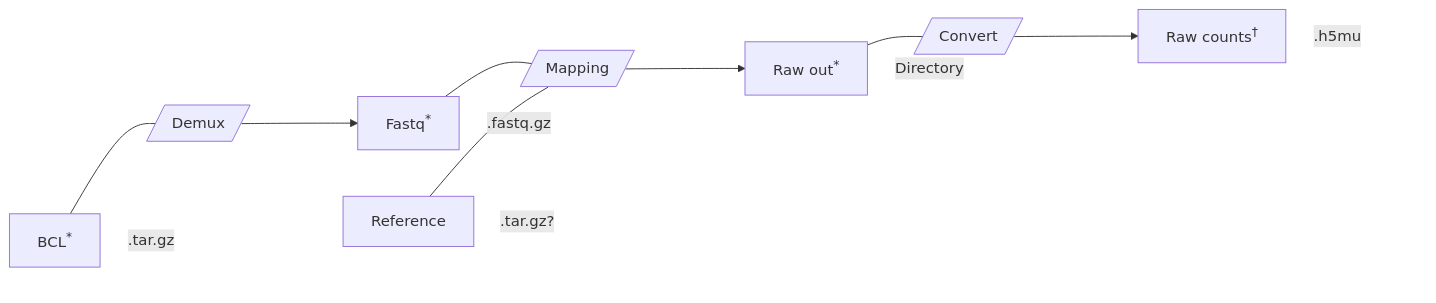
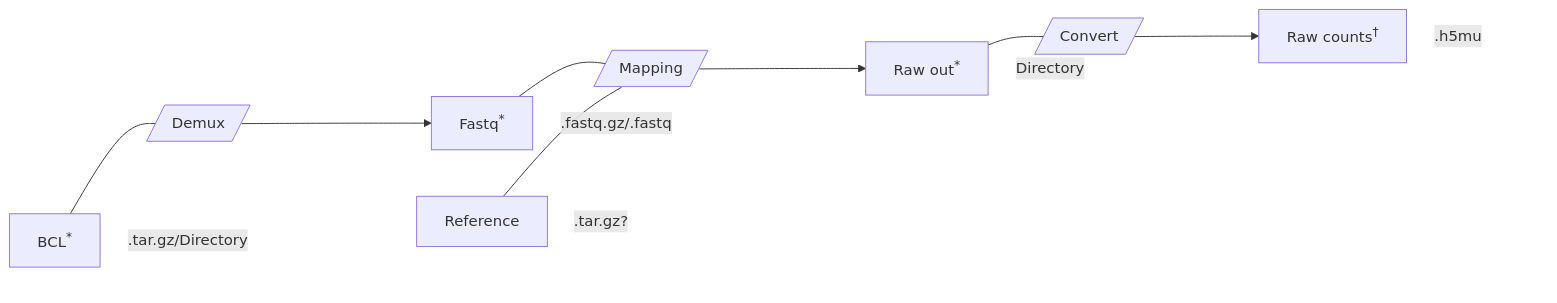
The second of 5 diagrams in docs/design.qmd (openpipelines-bio/openpipeline), drawn with Mermaid before and after one commit. The commit also changed other lines of this file and 1 other file, not shown here.

````diff
--- a/docs/design.qmd
+++ b/docs/design.qmd
@@ -78,27 +76,27 @@
 ```{mermaid}
 %%| label: fig-ingestion
 %%| fig-cap: "Ingestion pipeline.  \n`*`: Possible entry points.  \n`†`: Output file(s)"
 flowchart LR
 
   BCL["BCL<sup>*</sup>"]
   Fastq["Fastq<sup>*</sup>"]
   Ref["Reference"]
   RawDir["Raw out<sup>*</sup>"]
   RawCounts["Raw counts<sup>†</sup>"]
 
   Demux[/"Demux"/]
   Mapping[/"Mapping"/]
   Convert[/"Convert"/]
 
   BCL --- Demux --> Fastq
   Fastq & Ref --- Mapping --> RawDir --- Convert --> RawCounts
 
 
-  BCL -.-|".tar.gz"| BCL
-  Fastq -.-|".fastq.gz"| Fastq
+  BCL -.-|".tar.gz/Directory"| BCL
+  Fastq -.-|".fastq.gz/.fastq"| Fastq
   Ref -.-|".tar.gz?"| Ref
   RawDir -.-|"Directory"| RawDir
   RawCounts -.-|".h5mu"| RawCounts
 
   linkStyle 7,8,9,10,11 stroke:#fff,stroke-width:0px,text-align:left;
 ```
````
